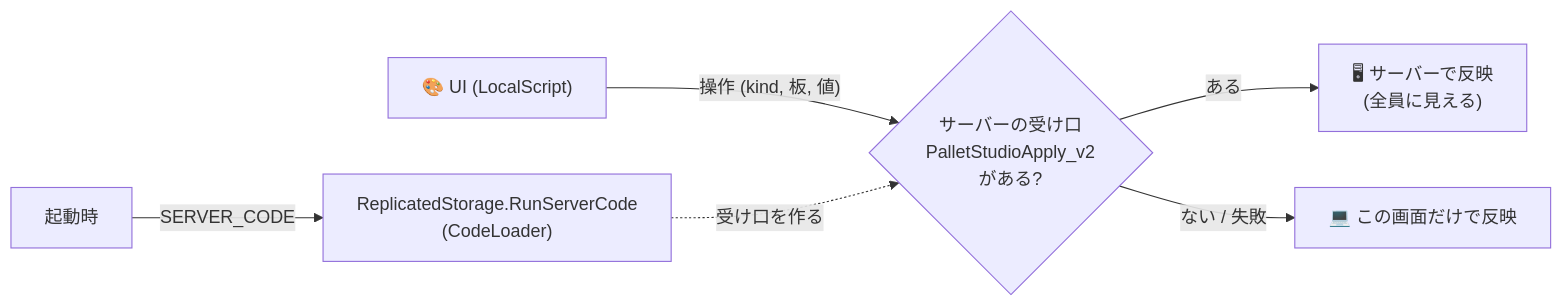
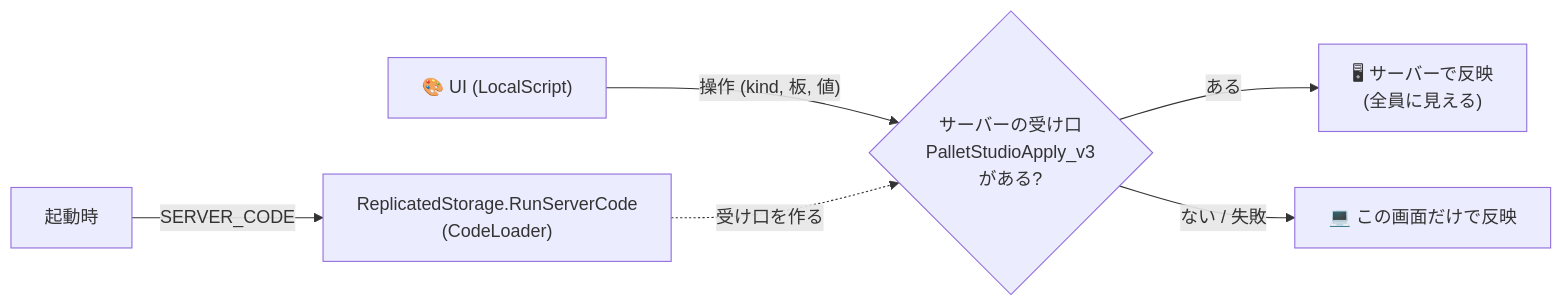
The diagram in README.md (eisyu-tech/pallet), drawn with Mermaid before and after one commit. The commit also changed other lines of this file and 1 other file, not shown here.

````diff
--- a/README.md
+++ b/README.md
@@ -245,8 +246,8 @@
 ```mermaid
 flowchart LR
-    UI["🎨 UI (LocalScript)"] -->|"操作 (kind, 板, 値)"| Check{"サーバーの受け口<br/>PalletStudioApply_v2<br/>がある?"}
+    UI["🎨 UI (LocalScript)"] -->|"操作 (kind, 板, 値)"| Check{"サーバーの受け口<br/>PalletStudioApply_v3<br/>がある?"}
     Check -->|"ある"| Server["🖥 サーバーで反映<br/>(全員に見える)"]
     Check -->|"ない / 失敗"| Local["💻 この画面だけで反映"]
     Boot["起動時"] -->|"SERVER_CODE"| Loader["ReplicatedStorage.RunServerCode<br/>(CodeLoader)"]
     Loader -.->|"受け口を作る"| Check
 ```
````
